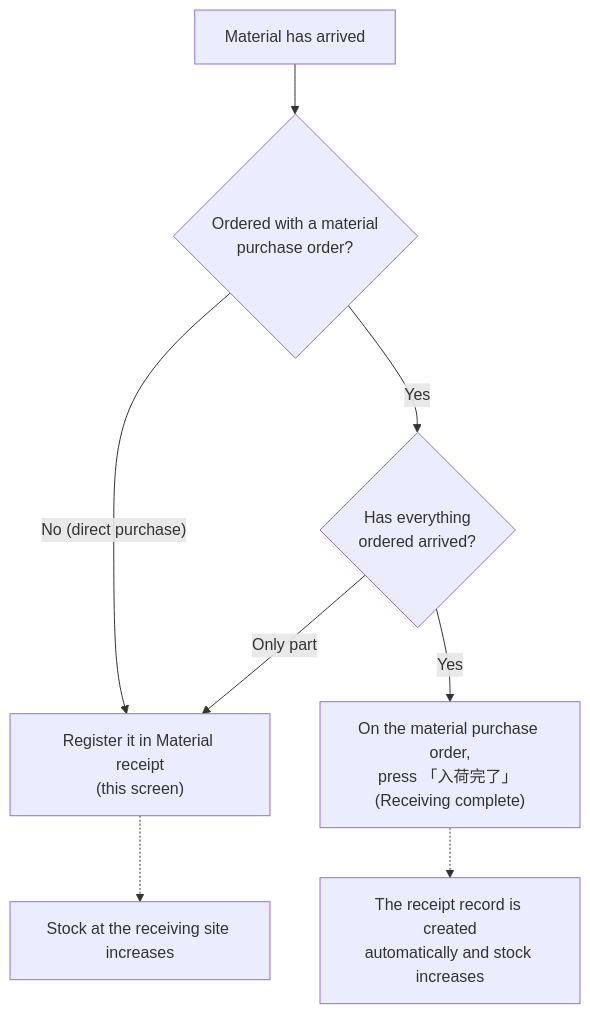
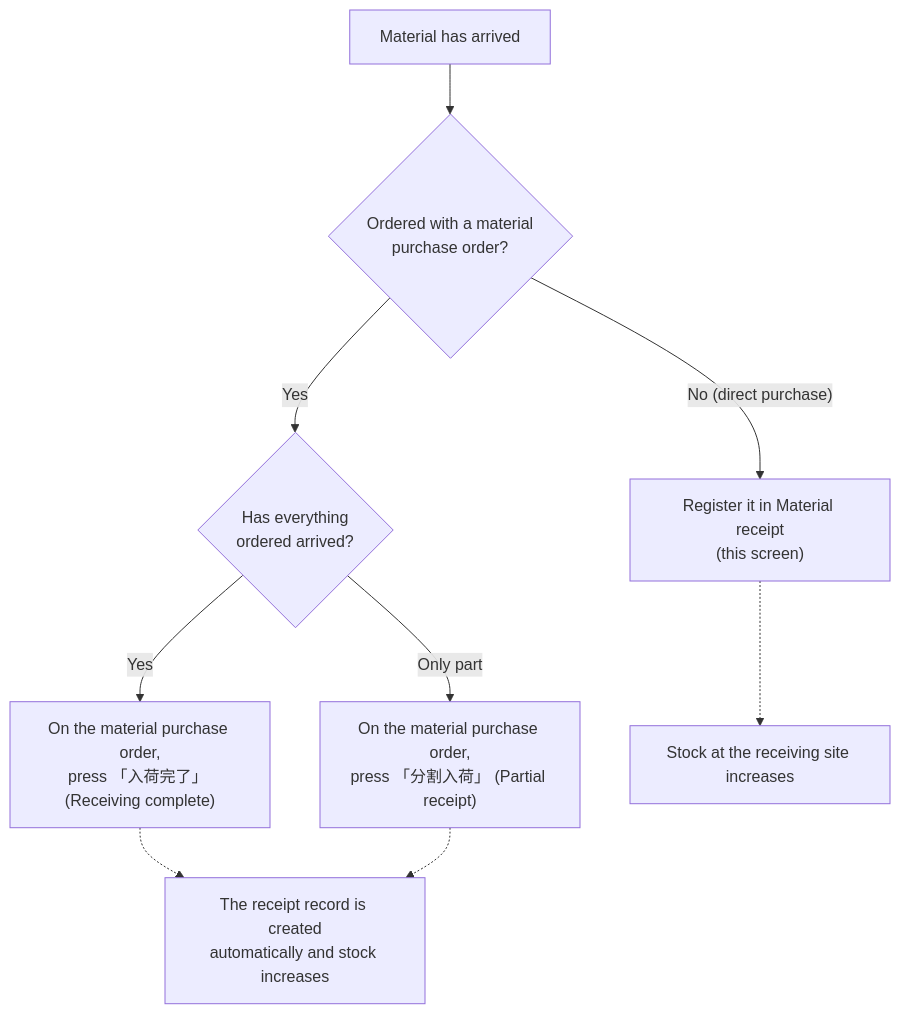
Before and after one commit to Kuisin/ckk-tool-v3: the diagram in coolify/apps/nextjs-web/content/manual/operations/purchasing/material-receipt/user.en.md, drawn with Mermaid. The commit also changed other lines of this file and 137 other files, not shown here.

````diff
--- a/coolify/apps/nextjs-web/content/manual/operations/purchasing/material-receipt/user.en.md
+++ b/coolify/apps/nextjs-web/content/manual/operations/purchasing/material-receipt/user.en.md
@@ -37,10 +38,11 @@
 ```mermaid
 flowchart TD
   arrive["Material has arrived"] --> q1{"Ordered with a material<br/>purchase order?"}
   q1 -->|"No (direct purchase)"| mr["Register it in Material receipt<br/>(this screen)"]
   q1 -->|"Yes"| q2{"Has everything<br/>ordered arrived?"}
   q2 -->|"Yes"| po["On the material purchase order,<br/>press 「入荷完了」 (Receiving complete)"]
-  q2 -->|"Only part"| mr
-  po -.-> auto["The receipt record is created<br/>automatically and stock increases"]
+  q2 -->|"Only part"| pp["On the material purchase order,<br/>press 「分割入荷」 (Partial receipt)"]
+  po -.-> auto
+  pp -.-> auto["The receipt record is created<br/>automatically and stock increases"]
   mr -.-> stock["Stock at the receiving site increases"]
 ```
````
